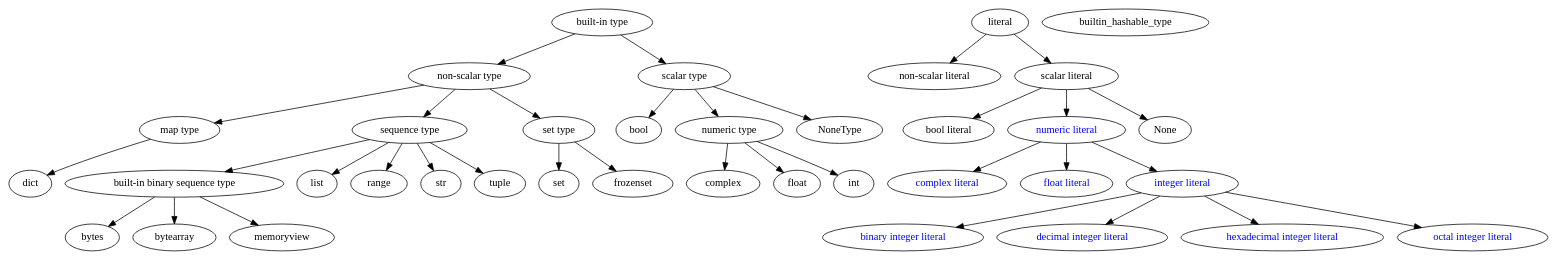
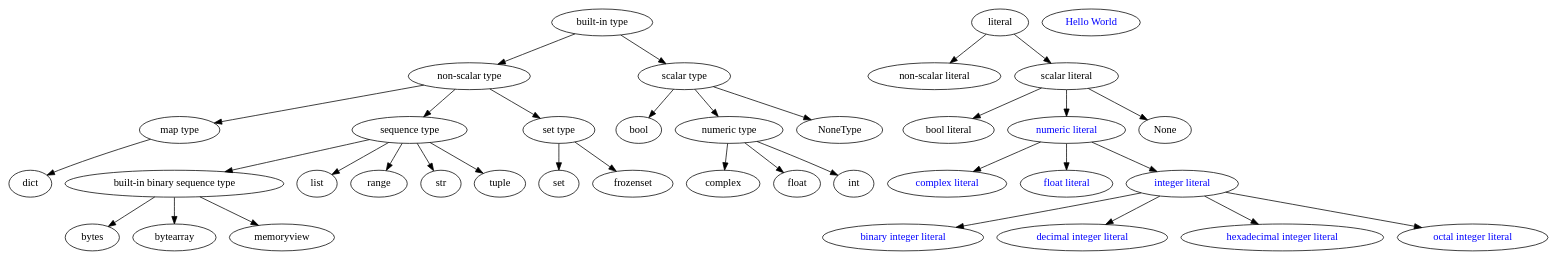
One commit to pflagerd/python-language-feature-family-tree changed the diagram in .dsa-dependency-graph/dsa-dependency-graph.dot. Above: the diagram before and after it, drawn with Graphviz. The commit also changed 2 other files, not shown here.

```diff
--- a/.dsa-dependency-graph/dsa-dependency-graph.dot
+++ b/.dsa-dependency-graph/dsa-dependency-graph.dot
@@ -1,65 +1,65 @@
 strict digraph {
     bool [label="bool"]
     binary_integer_literal [label="binary integer literal" href="https://docs.python.org/3/reference/lexical_analysis.html#:~:text=bininteger%20%20%20%3A%3A%3D%20%220%22%20(%22b%22%20%7C%20%22B%22)%20(%5B%22_%22%5D%20bindigit)%2B" target="_blank" fontcolor="blue"]
     builtin_binary_sequence_type [label="built-in binary sequence type"]
     builtin_map_type [label="map type"]
     builtin_literal [label="literal"]
     builtin_nonscalar_literal [label="non-scalar literal"]
     builtin_nonscalar_type [label="non-scalar type"]
     builtin_scalar_literal [label="scalar literal"]
     builtin_scalar_literal_bool [label="bool literal"]
     builtin_scalar_literal_numeric [label="numeric literal" href="https://docs.python.org/3/reference/lexical_analysis.html#numeric-literals" target="_blank" fontcolor="blue"]
     builtin_scalar_literal_numeric_complex [label="complex literal" href="https://docs.python.org/3/reference/lexical_analysis.html#imaginary-literals" target="_blank" fontcolor="blue"]
     builtin_scalar_literal_numeric_float [label="float literal" href="https://docs.python.org/3/reference/lexical_analysis.html#floating-point-literals" target="_blank" fontcolor="blue"]
     builtin_scalar_literal_numeric_int [label="integer literal" href="https://docs.python.org/3/reference/lexical_analysis.html#integer-literals" target="_blank" fontcolor="blue"]
     builtin_scalar_literal_None [label="None"]
     builtin_scalar_type [label="scalar type"]
     builtin_scalar_numeric_type [label="numeric type"]
     builtin_sequence_type [label="sequence type"]
     builtin_set_type [label="set type"]
     builtin_type [label="built-in type"]
     complex [label="complex"]
     decimal_integer_literal [label="decimal integer literal" href="https://docs.python.org/3/reference/lexical_analysis.html#:~:text=decinteger%20%20%20%3A%3A%3D%20nonzerodigit%20(%5B%22_%22%5D%20digit)*%20%7C%20%220%22%2B%20(%5B%22_%22%5D%20%220%22)*" target="_blank" fontcolor="blue"]
     float [label="float"]
+    hello_world [label="Hello World" href="HelloWorld/problem.html" target="_blank" fontcolor="blue"]
     hexadecimal_integer_literal [label="hexadecimal integer literal" href="https://docs.python.org/3/reference/lexical_analysis.html#:~:text=hexinteger%20%20%20%3A%3A%3D%20%220%22%20(%22x%22%20%7C%20%22X%22)%20(%5B%22_%22%5D%20hexdigit)%2B" target="_blank" fontcolor="blue"]
     int [label="int"]
     NoneType [label="NoneType"]
     octal_integer_literal [label="octal integer literal" href="https://docs.python.org/3/reference/lexical_analysis.html#:~:text=octinteger%20%20%20%3A%3A%3D%20%220%22%20(%22o%22%20%7C%20%22O%22)%20(%5B%22_%22%5D%20octdigit)%2B" target="_blank" fontcolor="blue"]
 
     builtin_binary_sequence_type -> bytes
     builtin_binary_sequence_type -> bytearray
     builtin_binary_sequence_type -> memoryview
-    builtin_hashable_type
     builtin_literal -> builtin_nonscalar_literal
     builtin_literal -> builtin_scalar_literal
     builtin_map_type -> dict
     builtin_nonscalar_type -> builtin_sequence_type
     builtin_nonscalar_type -> builtin_sequence_type
     builtin_nonscalar_type -> builtin_set_type
     builtin_nonscalar_type -> builtin_map_type
     builtin_scalar_literal -> builtin_scalar_literal_bool
     builtin_scalar_literal -> builtin_scalar_literal_numeric
     builtin_scalar_literal -> builtin_scalar_literal_None
     builtin_scalar_literal_numeric -> builtin_scalar_literal_numeric_complex
     builtin_scalar_literal_numeric -> builtin_scalar_literal_numeric_float
     builtin_scalar_literal_numeric -> builtin_scalar_literal_numeric_int
     builtin_scalar_literal_numeric_int -> binary_integer_literal
     builtin_scalar_literal_numeric_int -> decimal_integer_literal
     builtin_scalar_literal_numeric_int -> hexadecimal_integer_literal
     builtin_scalar_literal_numeric_int -> octal_integer_literal
     builtin_scalar_numeric_type -> complex
     builtin_scalar_numeric_type -> float
     builtin_scalar_numeric_type -> int
     builtin_scalar_type -> bool
     builtin_scalar_type -> builtin_scalar_numeric_type
     builtin_scalar_type -> NoneType
     builtin_sequence_type -> list
     builtin_sequence_type -> range
     builtin_sequence_type -> str
     builtin_sequence_type -> tuple
     builtin_sequence_type -> builtin_binary_sequence_type
     builtin_set_type -> set
     builtin_set_type -> frozenset
     builtin_type -> builtin_scalar_type
     builtin_type -> builtin_nonscalar_type
 }
```
